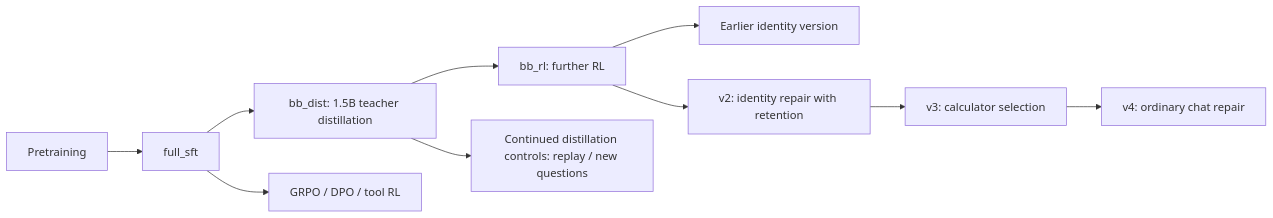
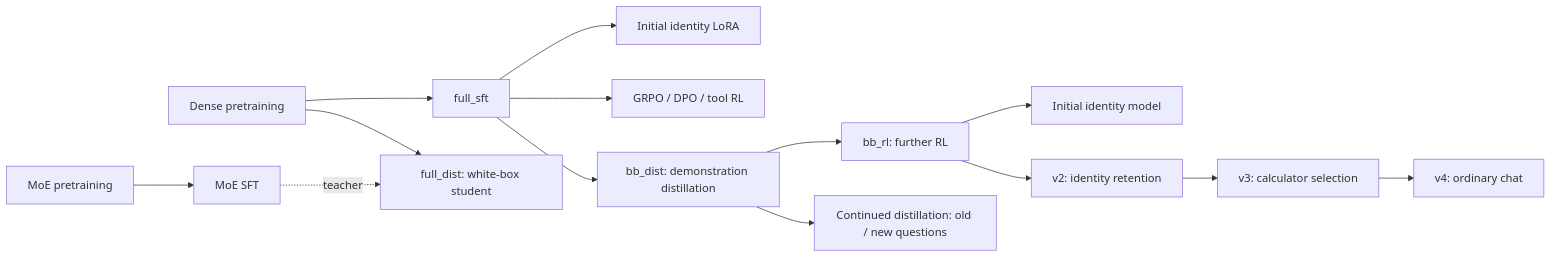
One commit to lyy431/minimind-training-eval changed the diagram in README.en.md. Above: the diagram before and after it, drawn with Mermaid. The commit also changed other lines of this file and 1 other file, not shown here.

````diff
--- a/README.en.md
+++ b/README.en.md
@@ -54,12 +178,16 @@
 ```mermaid
 flowchart LR
-    P[Pretraining] --> S[full_sft]
-    S --> D[bb_dist: 1.5B teacher distillation]
+    P[Dense pretraining] --> S[full_sft]
+    S --> I[Initial identity LoRA]
+    S --> G[GRPO / DPO / tool RL]
+    S --> D[bb_dist: demonstration distillation]
     D --> R[bb_rl: further RL]
-    R --> V1[Earlier identity version]
-    R --> V2[v2: identity repair with retention]
+    D --> C[Continued distillation: old / new questions]
+    R --> V1[Initial identity model]
+    R --> V2[v2: identity retention]
     V2 --> V3[v3: calculator selection]
-    V3 --> V4[v4: ordinary chat repair]
-    D --> C[Continued distillation controls: replay / new questions]
-    S --> A[GRPO / DPO / tool RL]
+    V3 --> V4[v4: ordinary chat]
+    MP[MoE pretraining] --> M[MoE SFT]
+    P --> W[full_dist: white-box student]
+    M -. teacher .-> W
 ```
````
